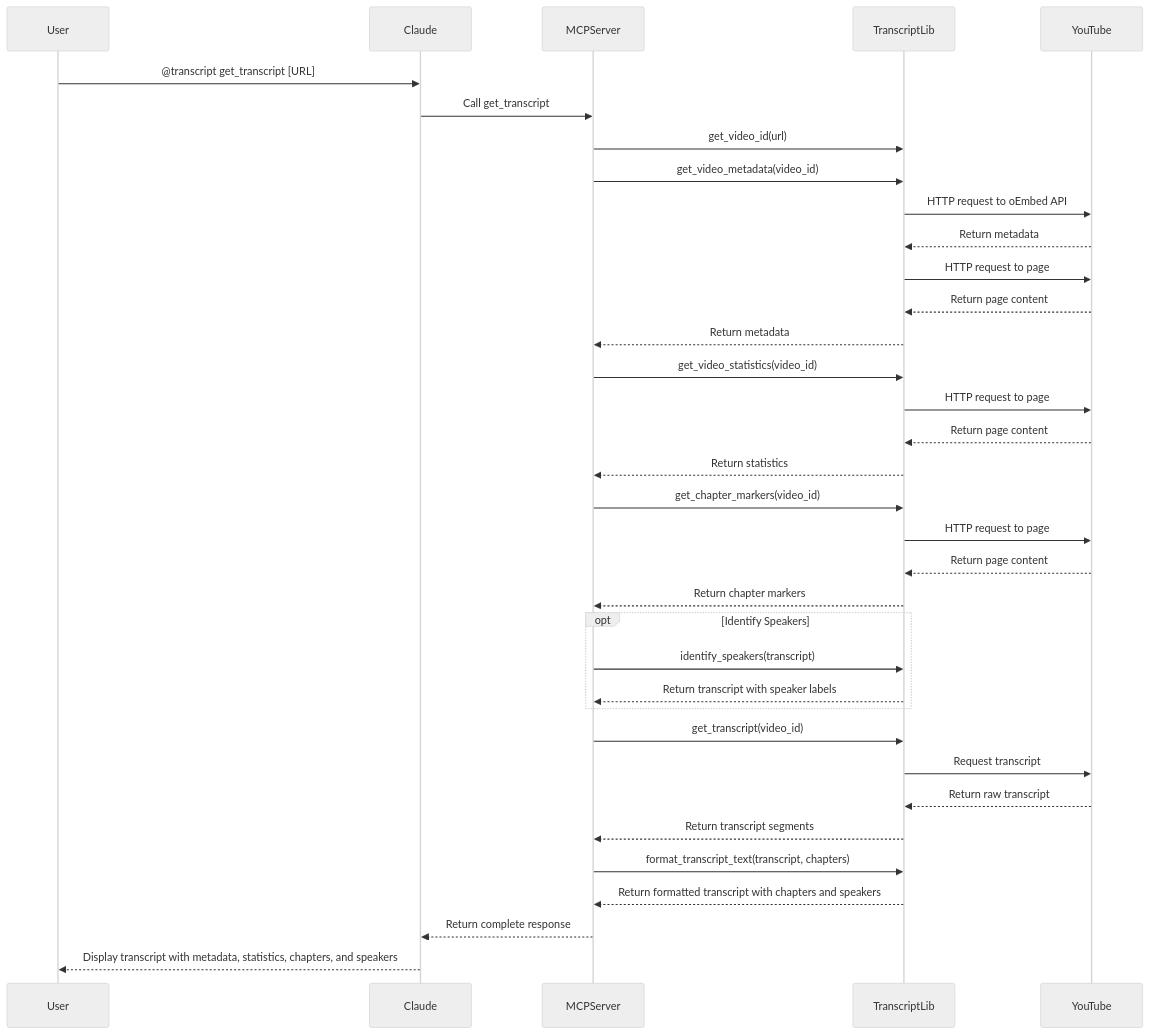
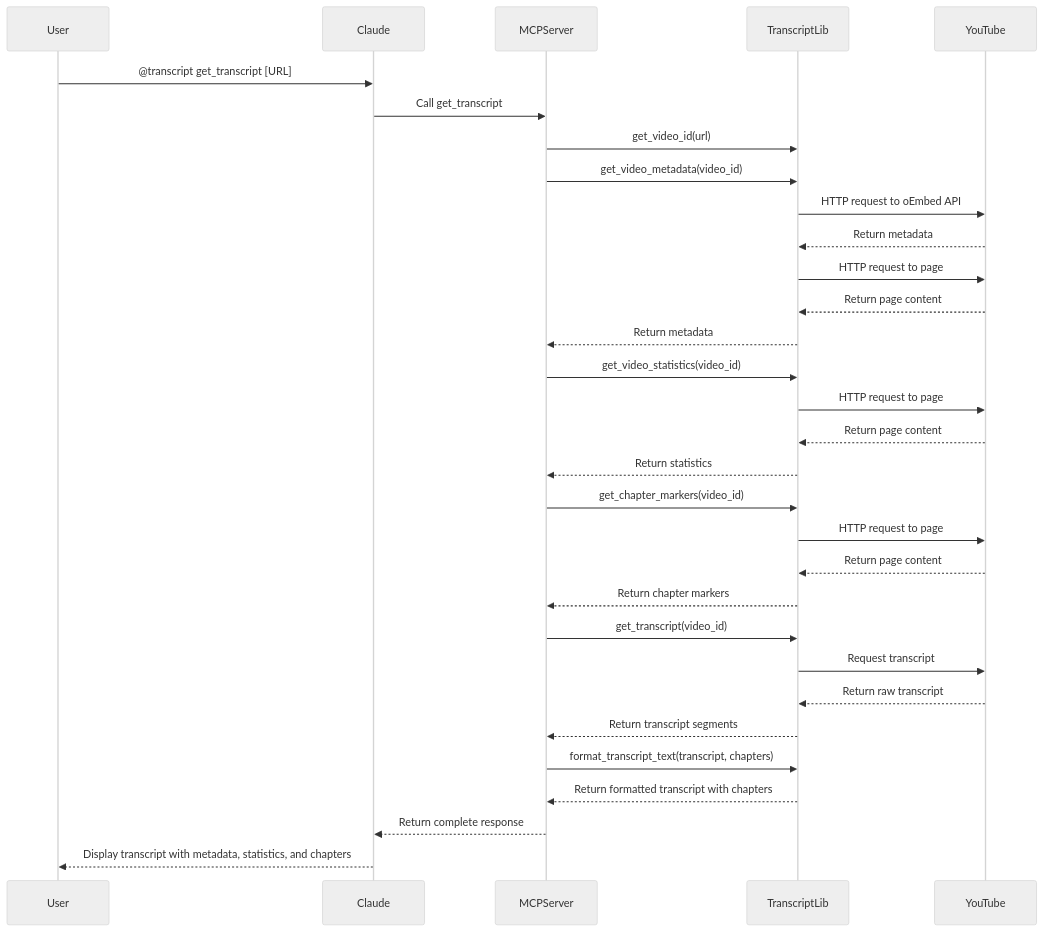
The third of 3 diagrams in README.md (palvindersander/youtube-transcript-mcp), drawn with Mermaid (neutral theme) before and after one commit. The commit also changed other lines of this file and 5 other files, not shown here.

````diff
--- a/README.md
+++ b/README.md
@@ -86,42 +83,37 @@
 ```mermaid
 sequenceDiagram
     participant User
     participant Claude
     participant MCPServer
     participant TranscriptLib
     participant YouTube
     
     User->>Claude: @transcript get_transcript [URL]
     Claude->>MCPServer: Call get_transcript
     MCPServer->>TranscriptLib: get_video_id(url)
     MCPServer->>TranscriptLib: get_video_metadata(video_id)
     TranscriptLib->>YouTube: HTTP request to oEmbed API
     YouTube-->>TranscriptLib: Return metadata
     TranscriptLib->>YouTube: HTTP request to page
     YouTube-->>TranscriptLib: Return page content
     TranscriptLib-->>MCPServer: Return metadata
     
     MCPServer->>TranscriptLib: get_video_statistics(video_id)
     TranscriptLib->>YouTube: HTTP request to page
     YouTube-->>TranscriptLib: Return page content
     TranscriptLib-->>MCPServer: Return statistics
     
     MCPServer->>TranscriptLib: get_chapter_markers(video_id)
     TranscriptLib->>YouTube: HTTP request to page
     YouTube-->>TranscriptLib: Return page content
     TranscriptLib-->>MCPServer: Return chapter markers
     
-    opt Identify Speakers
-        MCPServer->>TranscriptLib: identify_speakers(transcript)
-        TranscriptLib-->>MCPServer: Return transcript with speaker labels
-    end
-    
     MCPServer->>TranscriptLib: get_transcript(video_id)
     TranscriptLib->>YouTube: Request transcript
     YouTube-->>TranscriptLib: Return raw transcript
     TranscriptLib-->>MCPServer: Return transcript segments
     MCPServer->>TranscriptLib: format_transcript_text(transcript, chapters)
-    TranscriptLib-->>MCPServer: Return formatted transcript with chapters and speakers
+    TranscriptLib-->>MCPServer: Return formatted transcript with chapters
     MCPServer-->>Claude: Return complete response
-    Claude-->>User: Display transcript with metadata, statistics, chapters, and speakers
+    Claude-->>User: Display transcript with metadata, statistics, and chapters
 ```
````
